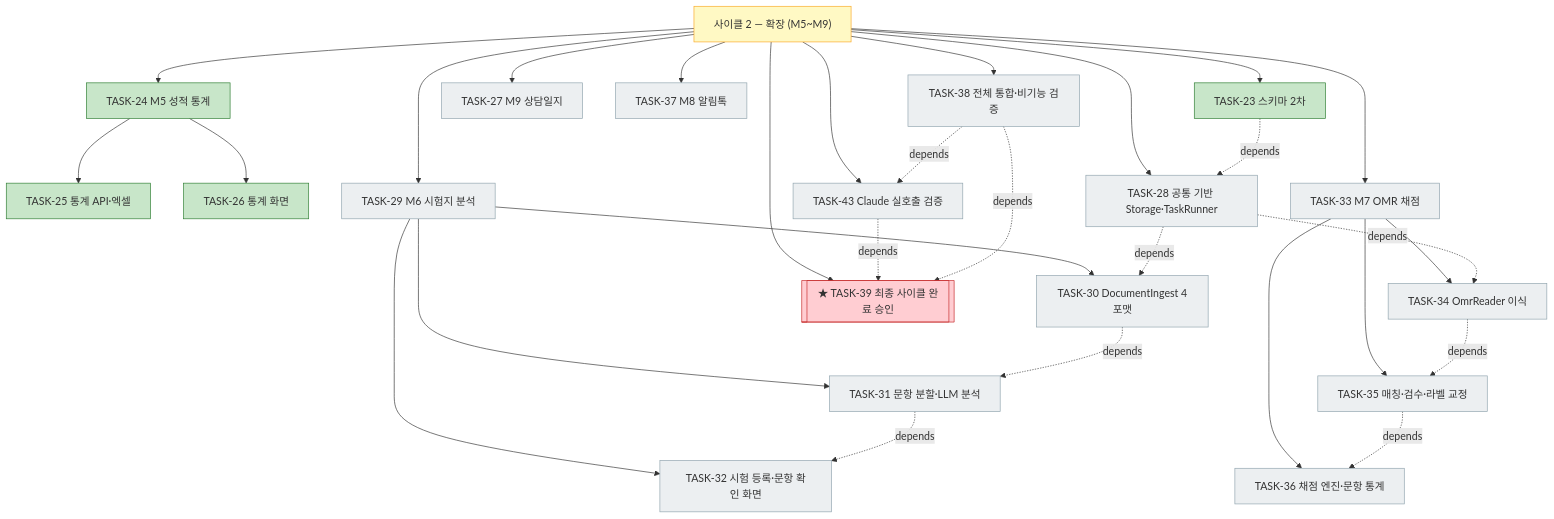
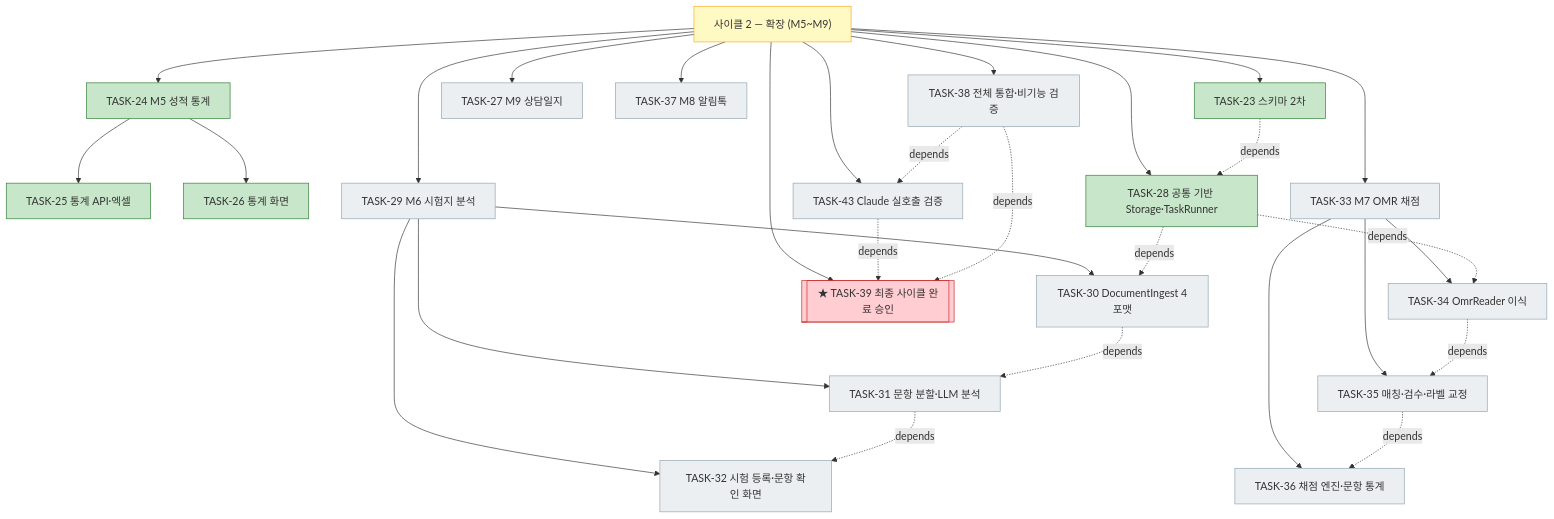
One commit to bluesky5008/mathdesk changed the third of 4 diagrams in docs/plan.md. Above: the diagram before and after it, drawn with Mermaid. The commit also changed other lines of this file and 13 other files, not shown here.

First line of the commit message:
feat(api): TASK-28 공통 기반 — Storage·업로드·TaskRunner

````diff
--- a/docs/plan.md
+++ b/docs/plan.md
@@ -184,36 +184,36 @@
 ```mermaid
 flowchart TD
     C2["사이클 2 — 확장 (M5~M9)"]:::active
     C2 --> T23["TASK-23 스키마 2차"]:::done
     C2 --> T24["TASK-24 M5 성적 통계"]:::done
     T24 --> T25["TASK-25 통계 API·엑셀"]:::done
     T24 --> T26["TASK-26 통계 화면"]:::done
     C2 --> T27["TASK-27 M9 상담일지"]:::todo
-    C2 --> T28["TASK-28 공통 기반 Storage·TaskRunner"]:::todo
+    C2 --> T28["TASK-28 공통 기반 Storage·TaskRunner"]:::done
     C2 --> T29["TASK-29 M6 시험지 분석"]:::todo
     T29 --> T30["TASK-30 DocumentIngest 4포맷"]:::todo
     T29 --> T31["TASK-31 문항 분할·LLM 분석"]:::todo
     T29 --> T32["TASK-32 시험 등록·문항 확인 화면"]:::todo
     C2 --> T33["TASK-33 M7 OMR 채점"]:::todo
     T33 --> T34["TASK-34 OmrReader 이식"]:::todo
     T33 --> T35["TASK-35 매칭·검수·라벨 교정"]:::todo
     T33 --> T36["TASK-36 채점 엔진·문항 통계"]:::todo
     C2 --> T37["TASK-37 M8 알림톡"]:::todo
     C2 --> T38["TASK-38 전체 통합·비기능 검증"]:::todo
     C2 --> T43["TASK-43 Claude 실호출 검증"]:::todo
     C2 --> T39[["★ TASK-39 최종 사이클 완료 승인"]]:::gate
     T23 -. depends .-> T28
     T28 -. depends .-> T30
     T30 -. depends .-> T31
     T31 -. depends .-> T32
     T28 -. depends .-> T34
     T34 -. depends .-> T35
     T35 -. depends .-> T36
     T38 -. depends .-> T43
     T43 -. depends .-> T39
     T38 -. depends .-> T39
     classDef done fill:#c8e6c9,stroke:#2e7d32
     classDef active fill:#fff9c4,stroke:#f9a825
     classDef todo fill:#eceff1,stroke:#90a4ae
     classDef gate fill:#ffcdd2,stroke:#c62828
 ```
````
